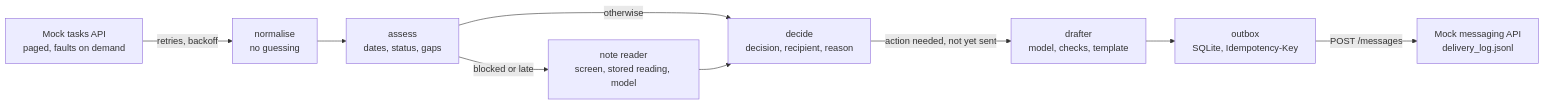
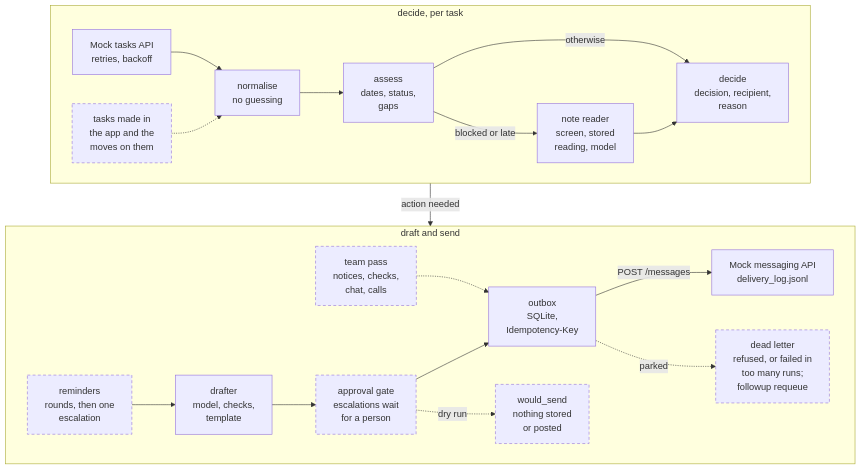
Before and after one commit to bogdan734/techcom-ai-ops: the first of 7 diagrams in README.md, drawn with Mermaid. The commit also changed other lines of this file, not shown here.

````diff
--- a/README.md
+++ b/README.md
@@ -307,11 +307,25 @@
 ```mermaid
-flowchart LR
-    API["Mock tasks API<br/>paged, faults on demand"] -->|"retries, backoff"| N["normalise<br/>no guessing"]
-    N --> A["assess<br/>dates, status, gaps"]
-    A -->|"blocked or late"| R["note reader<br/>screen, stored reading, model"]
-    A -->|"otherwise"| D["decide<br/>decision, recipient, reason"]
-    R --> D
-    D -->|"action needed, not yet sent"| W["drafter<br/>model, checks, template"]
-    W --> O["outbox<br/>SQLite, Idempotency-Key"]
-    O -->|"POST /messages"| P["Mock messaging API<br/>delivery_log.jsonl"]
+flowchart TB
+    subgraph DECIDE["decide, per task"]
+        direction LR
+        API["Mock tasks API<br/>retries, backoff"] --> N["normalise<br/>no guessing"]
+        APP["tasks made in<br/>the app and the<br/>moves on them"] -.-> N
+        N --> A["assess<br/>dates, status,<br/>gaps"]
+        A -->|"blocked or late"| R["note reader<br/>screen, stored<br/>reading, model"]
+        A -->|"otherwise"| D["decide<br/>decision, recipient,<br/>reason"]
+        R --> D
+    end
+    subgraph SEND["draft and send"]
+        direction LR
+        C["reminders<br/>rounds, then one<br/>escalation"] --> W["drafter<br/>model, checks,<br/>template"]
+        W --> G["approval gate<br/>escalations wait<br/>for a person"]
+        G --> O["outbox<br/>SQLite,<br/>Idempotency-Key"]
+        G -.->|"dry run"| V["would_send<br/>nothing stored<br/>or posted"]
+        T["team pass<br/>notices, checks,<br/>chat, calls"] -.-> O
+        O -->|"POST /messages"| P["Mock messaging API<br/>delivery_log.jsonl"]
+        O -.->|"parked"| X["dead letter<br/>refused, or failed in<br/>too many runs;<br/>followup requeue"]
+    end
+    DECIDE -->|"action needed"| SEND
+    classDef optin stroke-dasharray: 5 4
+    class APP,C,G,V,T,X optin
 ```
````
